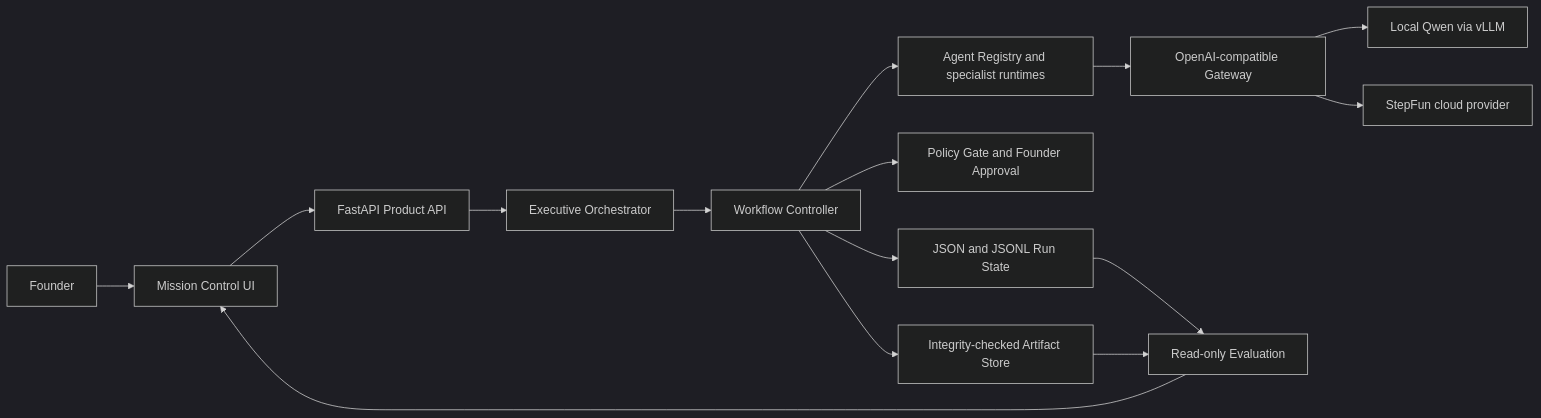
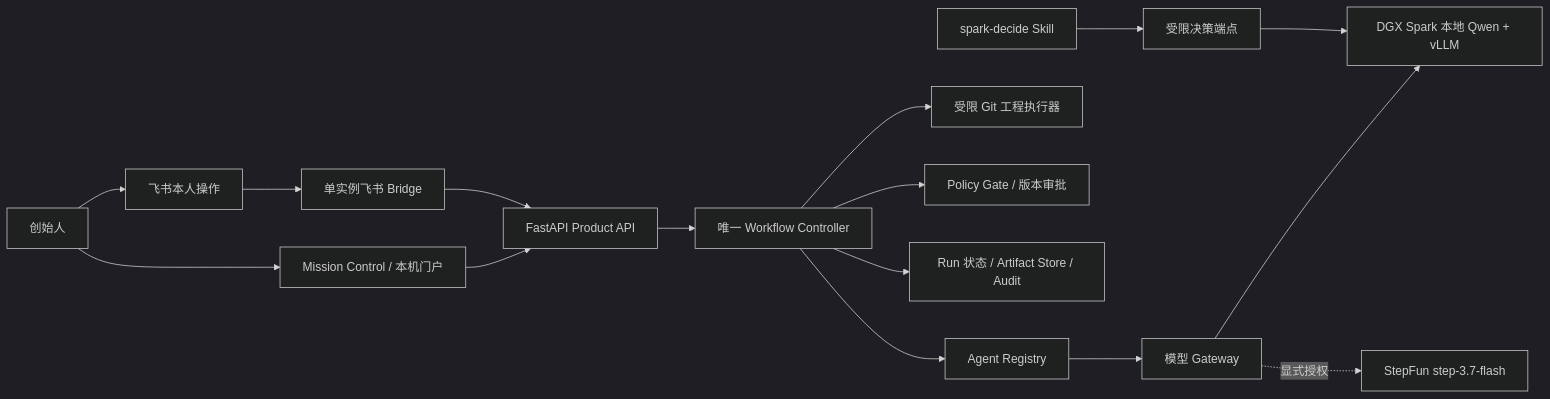
One commit to JimChen-g/cofounder-os changed the diagram in README.md. Above: the diagram before and after it, drawn with Mermaid (dark theme). The commit also changed other lines of this file, not shown here.

````diff
--- a/README.md
+++ b/README.md
@@ -98,17 +61,18 @@
 ```mermaid
 flowchart LR
-    F["Founder"] --> UI["Mission Control UI"]
-    UI --> API["FastAPI Product API"]
-    API --> EO["Executive Orchestrator"]
-    EO --> WC["Workflow Controller"]
-    WC --> AR["Agent Registry and specialist runtimes"]
-    AR --> GW["OpenAI-compatible Gateway"]
-    GW --> Q["Local Qwen via vLLM"]
-    GW --> S["StepFun cloud provider"]
-    WC --> PG["Policy Gate and Founder Approval"]
-    WC --> ST["JSON and JSONL Run State"]
-    WC --> AS["Integrity-checked Artifact Store"]
-    ST --> EV["Read-only Evaluation"]
-    AS --> EV
-    EV --> UI
+    Founder["创始人"] --> Web["Mission Control / 本机门户"]
+    Founder --> Feishu["飞书本人操作"]
+    Web --> API["FastAPI Product API"]
+    Feishu --> Bridge["单实例飞书 Bridge"]
+    Bridge --> API
+    API --> Controller["唯一 Workflow Controller"]
+    Controller --> Registry["Agent Registry"]
+    Controller --> Runner["受限 Git 工程执行器"]
+    Controller --> Policy["Policy Gate / 版本审批"]
+    Controller --> Store["Run 状态 / Artifact Store / Audit"]
+    Registry --> Gateway["模型 Gateway"]
+    Gateway --> Qwen["DGX Spark 本地 Qwen + vLLM"]
+    Gateway -. 显式授权 .-> Step["StepFun step-3.7-flash"]
+    Skill["spark-decide Skill"] --> Decision["受限决策端点"]
+    Decision --> Qwen
 ```
````
